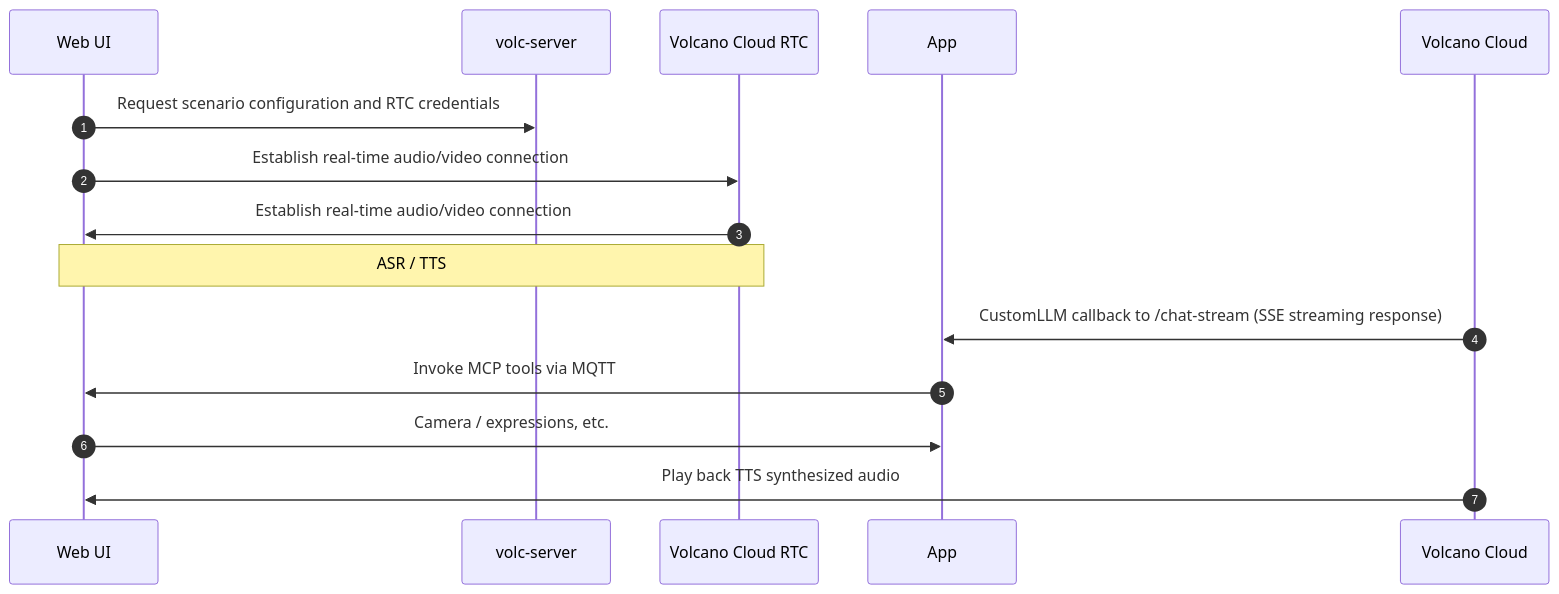
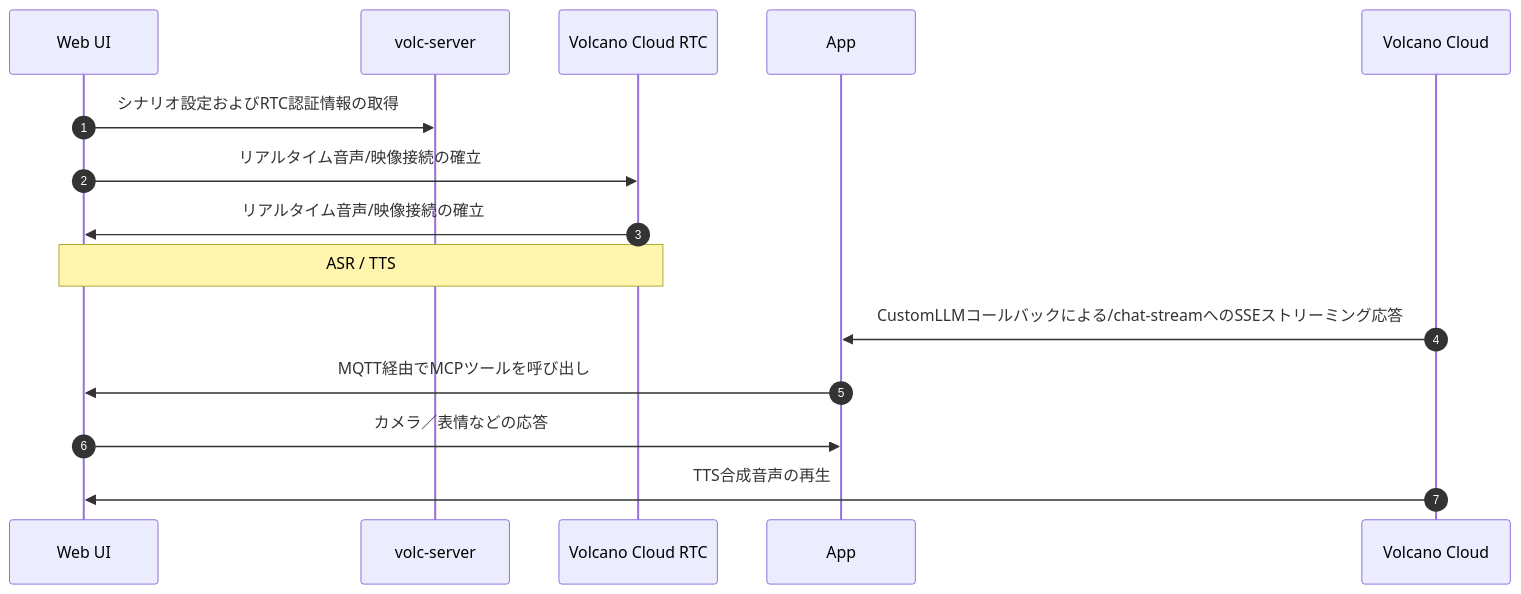
The diagram in ja_JP/emqx-ai/rtc-services/volcengine-rtc/quick-start.md (emqx/emqx-docs), drawn with Mermaid before and after one commit. The commit also changed other lines of this file and 279 other files, not shown here.

````diff
--- a/ja_JP/emqx-ai/rtc-services/volcengine-rtc/quick-start.md
+++ b/ja_JP/emqx-ai/rtc-services/volcengine-rtc/quick-start.md
@@ -21,23 +21,23 @@
 ```mermaid
 sequenceDiagram
     autonumber
     participant WebUI as Web UI
     participant Volc as volc-server
     participant RTC as Volcano Cloud RTC
     participant App as App
     participant Cloud as Volcano Cloud
 
-    WebUI ->> Volc: Request scenario configuration and RTC credentials
+    WebUI ->> Volc: シナリオ設定およびRTC認証情報の取得
 
-    WebUI ->> RTC: Establish real-time audio/video connection
-    RTC ->> WebUI: Establish real-time audio/video connection
+    WebUI ->> RTC: リアルタイム音声/映像接続の確立
+    RTC ->> WebUI: リアルタイム音声/映像接続の確立
     note over WebUI, RTC: ASR / TTS
 
-    Cloud ->> App: CustomLLM callback to /chat-stream (SSE streaming response)
+    Cloud ->> App: CustomLLMコールバックによる/chat-streamへのSSEストリーミング応答
 
-    App ->> WebUI: Invoke MCP tools via MQTT
-    WebUI ->> App: Camera / expressions, etc.
+    App ->> WebUI: MQTT経由でMCPツールを呼び出し
+    WebUI ->> App: カメラ／表情などの応答
 
-    Cloud ->> WebUI: Play back TTS synthesized audio
+    Cloud ->> WebUI: TTS合成音声の再生
 
 ```
````
